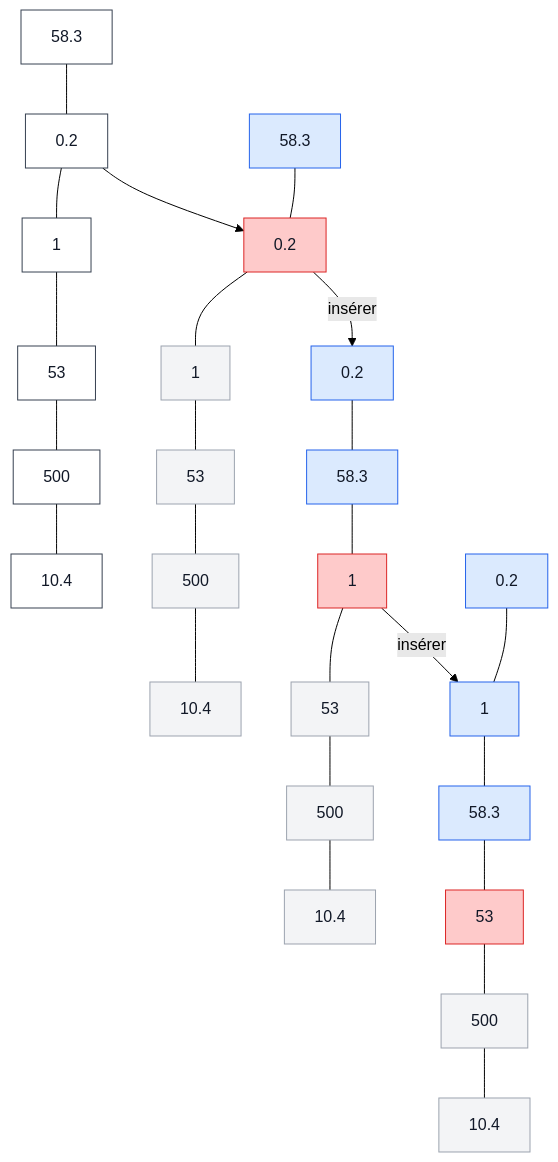
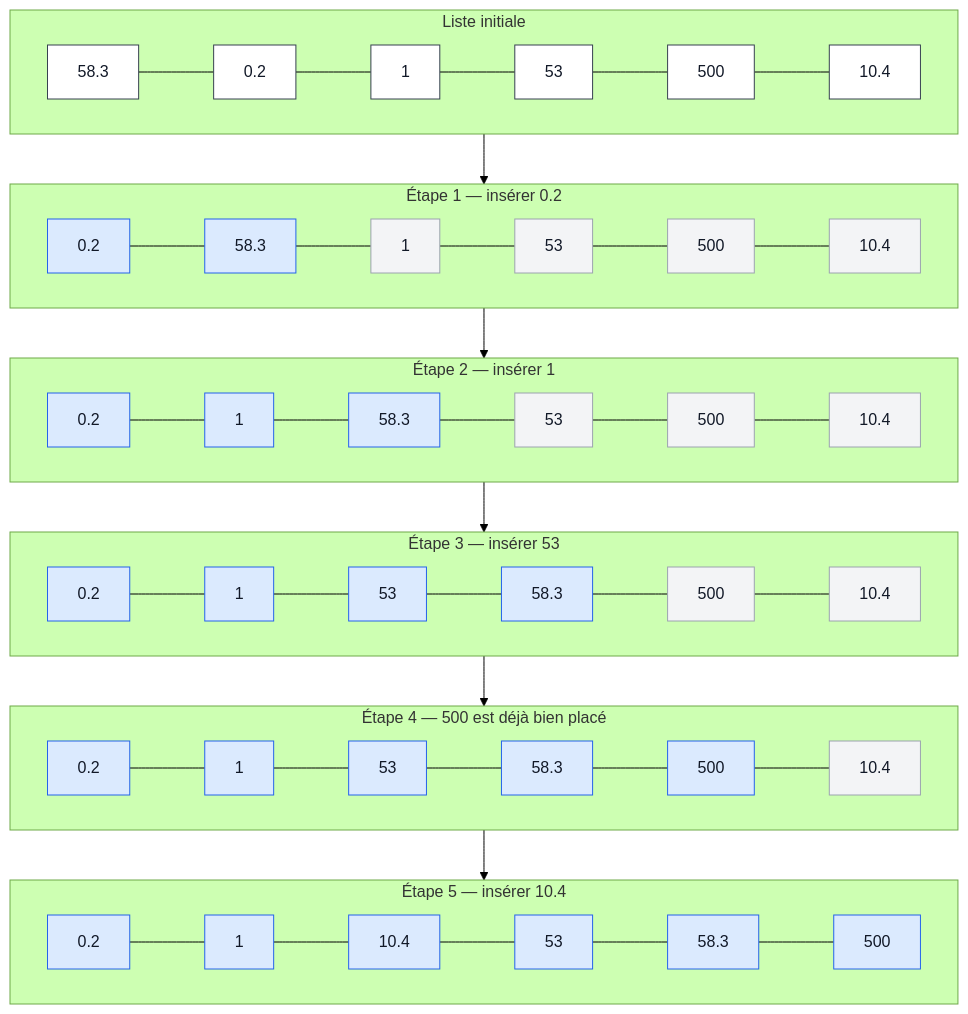
Before and after one commit to Ogust1-off/Informatique: the second of 2 diagrams in cours.md, drawn with Mermaid (forest theme). The commit also changed other lines of this file, not shown here.

````diff
--- a/cours.md
+++ b/cours.md
@@ -888,48 +881,38 @@
 ```mermaid
 flowchart TB
+    subgraph I0["Liste initiale"]
+        direction LR
+        A1["58.3"]:::normal --- A2["0.2"]:::normal --- A3["1"]:::normal --- A4["53"]:::normal --- A5["500"]:::normal --- A6["10.4"]:::normal
+    end
 
-    I1["58.3"]:::initial
-    I2["0.2"]:::initial
-    I3["1"]:::initial
-    I4["53"]:::initial
-    I5["500"]:::initial
-    I6["10.4"]:::initial
+    subgraph I1["Étape 1 — insérer 0.2"]
+        direction LR
+        B1["0.2"]:::sorted --- B2["58.3"]:::sorted --- B3["1"]:::unsorted --- B4["53"]:::unsorted --- B5["500"]:::unsorted --- B6["10.4"]:::unsorted
+    end
 
-    I1 --- I2 --- I3 --- I4 --- I5 --- I6
+    subgraph I2["Étape 2 — insérer 1"]
+        direction LR
+        C1["0.2"]:::sorted --- C2["1"]:::sorted --- C3["58.3"]:::sorted --- C4["53"]:::unsorted --- C5["500"]:::unsorted --- C6["10.4"]:::unsorted
+    end
 
-    A1["58.3"]:::sorted
-    A2["0.2"]:::selected
-    A3["1"]:::unsorted
-    A4["53"]:::unsorted
-    A5["500"]:::unsorted
-    A6["10.4"]:::unsorted
+    subgraph I3["Étape 3 — insérer 53"]
+        direction LR
+        D1["0.2"]:::sorted --- D2["1"]:::sorted --- D3["53"]:::sorted --- D4["58.3"]:::sorted --- D5["500"]:::unsorted --- D6["10.4"]:::unsorted
+    end
 
-    A1 --- A2 --- A3 --- A4 --- A5 --- A6
+    subgraph I4["Étape 4 — 500 est déjà bien placé"]
+        direction LR
+        E1["0.2"]:::sorted --- E2["1"]:::sorted --- E3["53"]:::sorted --- E4["58.3"]:::sorted --- E5["500"]:::sorted --- E6["10.4"]:::unsorted
+    end
 
-    B1["0.2"]:::sorted
-    B2["58.3"]:::sorted
-    B3["1"]:::selected
-    B4["53"]:::unsorted
-    B5["500"]:::unsorted
-    B6["10.4"]:::unsorted
+    subgraph I5["Étape 5 — insérer 10.4"]
+        direction LR
+        F1["0.2"]:::sorted --- F2["1"]:::sorted --- F3["10.4"]:::sorted --- F4["53"]:::sorted --- F5["58.3"]:::sorted --- F6["500"]:::sorted
+    end
 
-    B1 --- B2 --- B3 --- B4 --- B5 --- B6
+    I0 --> I1 --> I2 --> I3 --> I4 --> I5
 
-    C1["0.2"]:::sorted
-    C2["1"]:::sorted
-    C3["58.3"]:::sorted
-    C4["53"]:::selected
-    C5["500"]:::unsorted
-    C6["10.4"]:::unsorted
-
-    C1 --- C2 --- C3 --- C4 --- C5 --- C6
-
-    I2 --> A2
-    A2 -->|"insérer"| B1
-    B3 -->|"insérer"| C2
-
-    classDef initial fill:#ffffff,stroke:#374151,color:#111827;
+    classDef normal fill:#ffffff,stroke:#374151,color:#111827;
     classDef sorted fill:#dbeafe,stroke:#2563eb,color:#111827;
-    classDef selected fill:#fecaca,stroke:#dc2626,color:#111827;
     classDef unsorted fill:#f3f4f6,stroke:#9ca3af,color:#111827;
 ```
````
